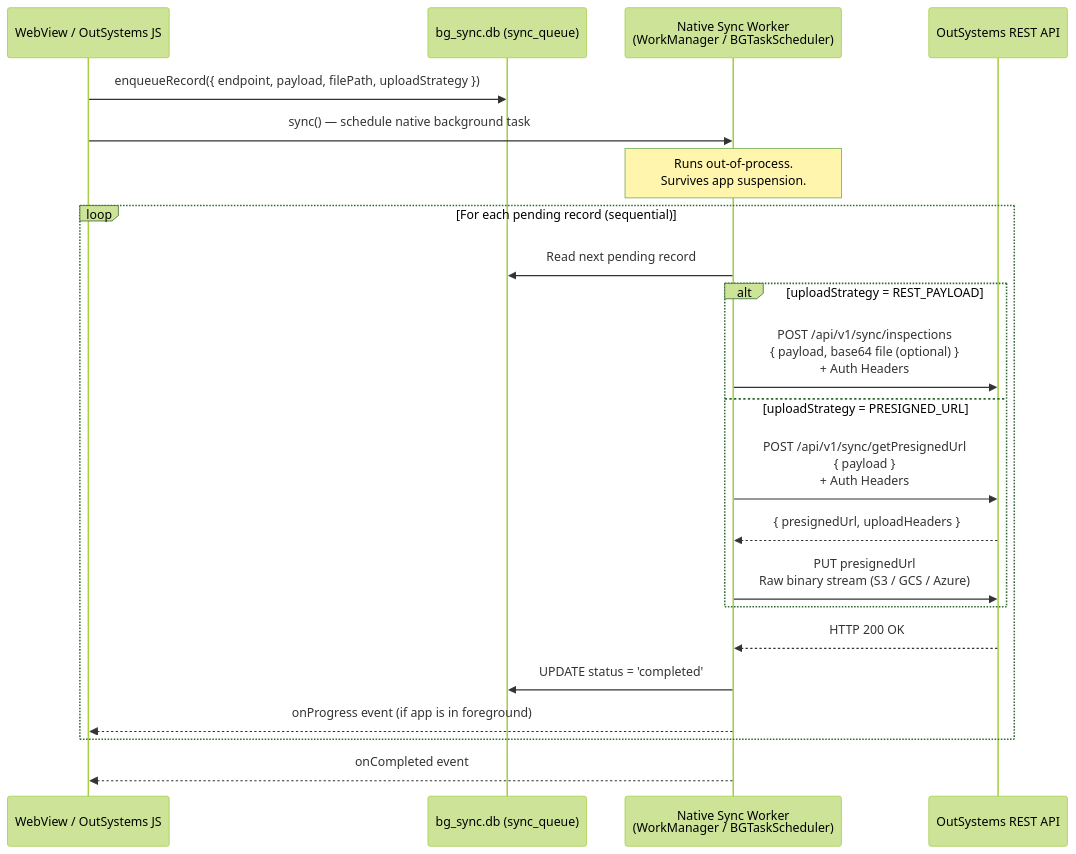
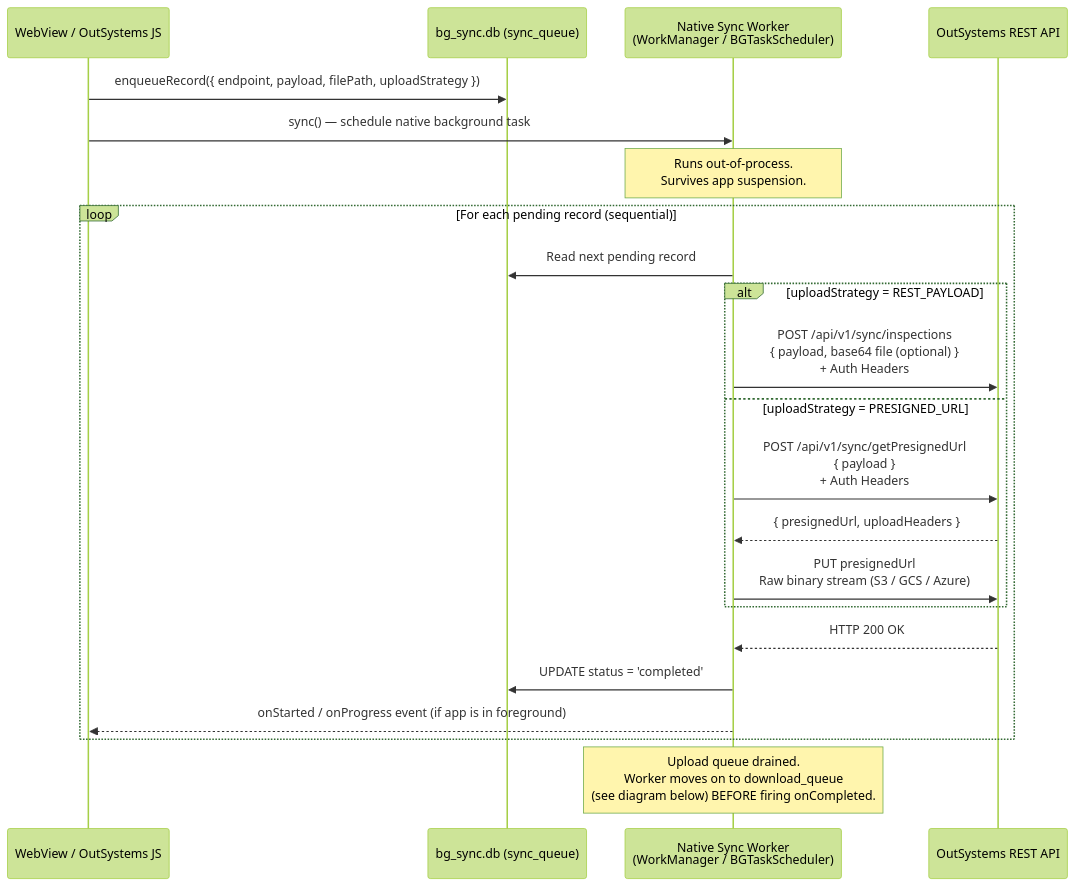
The first of 2 diagrams in docs/README.md (henriquefps/cordova-background-sync-plugin), drawn with Mermaid (forest theme) before and after one commit. The commit also changed other lines of this file and 4 other files, not shown here.

````diff
--- a/docs/README.md
+++ b/docs/README.md
@@ -56,27 +56,27 @@
 ```mermaid
 sequenceDiagram
     participant App as WebView / OutSystems JS
     participant DB as bg_sync.db (sync_queue)
     participant Worker as Native Sync Worker<br/>(WorkManager / BGTaskScheduler)
     participant Backend as OutSystems REST API
 
     App->>DB: enqueueRecord({ endpoint, payload, filePath, uploadStrategy })
     App->>Worker: sync() — schedule native background task
     Note over Worker: Runs out-of-process.<br/>Survives app suspension.
 
     loop For each pending record (sequential)
         Worker->>DB: Read next pending record
         alt uploadStrategy = REST_PAYLOAD
             Worker->>Backend: POST /api/v1/sync/inspections<br/>{ payload, base64 file (optional) }<br/>+ Auth Headers
         else uploadStrategy = PRESIGNED_URL
             Worker->>Backend: POST /api/v1/sync/getPresignedUrl<br/>{ payload }<br/>+ Auth Headers
             Backend-->>Worker: { presignedUrl, uploadHeaders }
             Worker->>Backend: PUT presignedUrl<br/>Raw binary stream (S3 / GCS / Azure)
         end
         Backend-->>Worker: HTTP 200 OK
         Worker->>DB: UPDATE status = 'completed'
-        Worker-->>App: onProgress event (if app is in foreground)
+        Worker-->>App: onStarted / onProgress event (if app is in foreground)
     end
 
-    Worker-->>App: onCompleted event
+    Note over Worker: Upload queue drained.<br/>Worker moves on to download_queue<br/>(see diagram below) BEFORE firing onCompleted.
 ```
````
